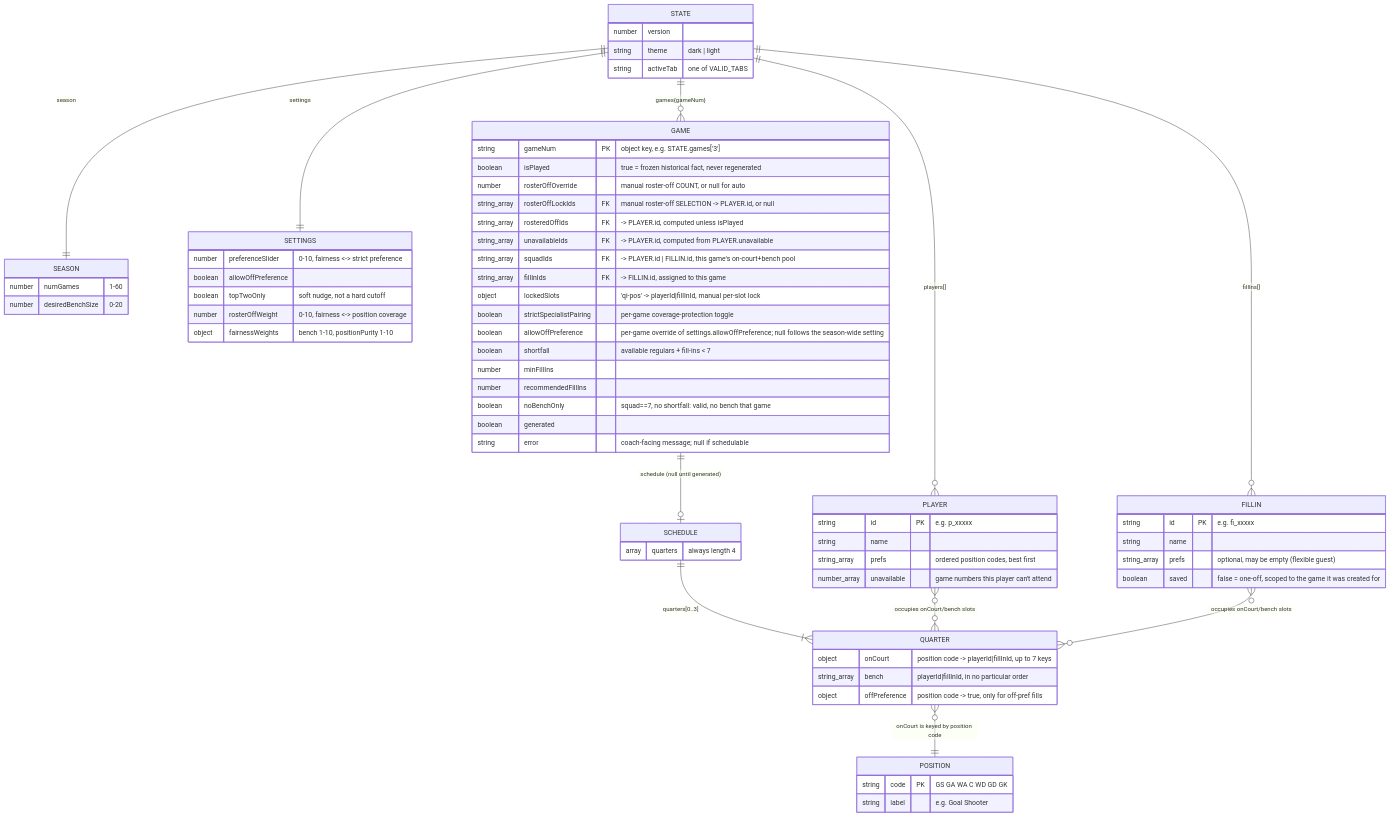
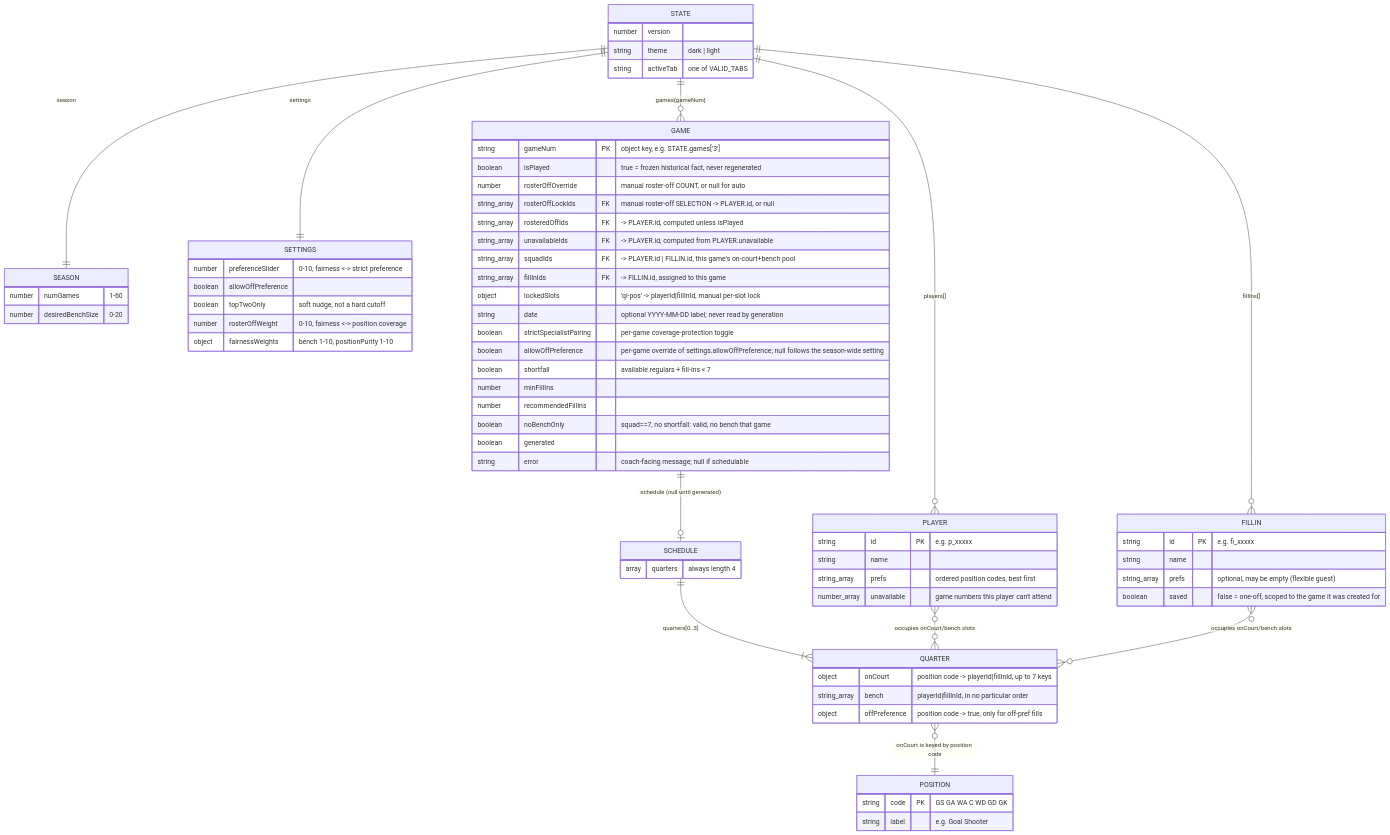
Before and after one commit to dj8/nb-roster-mgr: the diagram in docs/data-model.md, drawn with Mermaid. The commit also changed 5 other files, not shown here.

```diff
--- a/docs/data-model.md
+++ b/docs/data-model.md
@@ -56,6 +56,7 @@
         string_array squadIds FK "-> PLAYER.id | FILLIN.id, this game's on-court+bench pool"
         string_array fillInIds FK "-> FILLIN.id, assigned to this game"
         object lockedSlots "'qi-pos' -> playerId|fillInId, manual per-slot lock"
+        string date "optional YYYY-MM-DD label; never read by generation"
         boolean strictSpecialistPairing "per-game coverage-protection toggle"
         boolean allowOffPreference "per-game override of settings.allowOffPreference; null follows the season-wide setting"
         boolean shortfall "available regulars + fill-ins < 7"
```
